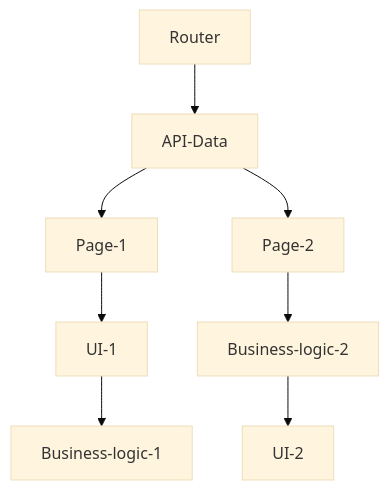
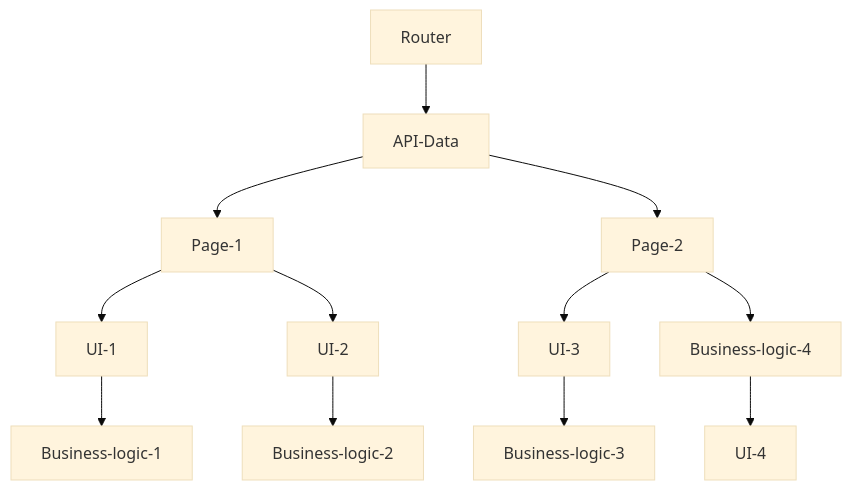
The diagram in desafio-frontend-serasa/ARCHITECTURE.md (DougByte7/Desafio-Frontend-Web-Serasa), drawn with Mermaid (base theme) before and after one commit.

Commit message:
Better diagram example

````diff
--- a/desafio-frontend-serasa/ARCHITECTURE.md
+++ b/desafio-frontend-serasa/ARCHITECTURE.md
@@ -69,8 +69,10 @@
 ```mermaid
 graph TD;
     Router --> API-Data;
     API-Data --> Page-1;
     API-Data --> Page-2;
     Page-1 --> UI-1 --> Business-logic-1
-    Page-2 --> Business-logic-2 --> UI-2
+    Page-1 --> UI-2 --> Business-logic-2
+    Page-2 --> UI-3 --> Business-logic-3
+    Page-2 --> Business-logic-4 --> UI-4
 ```
````
